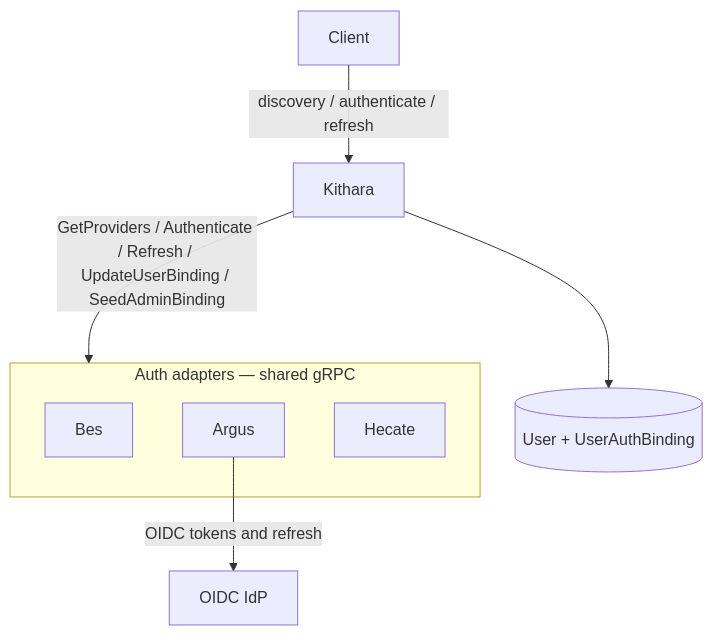
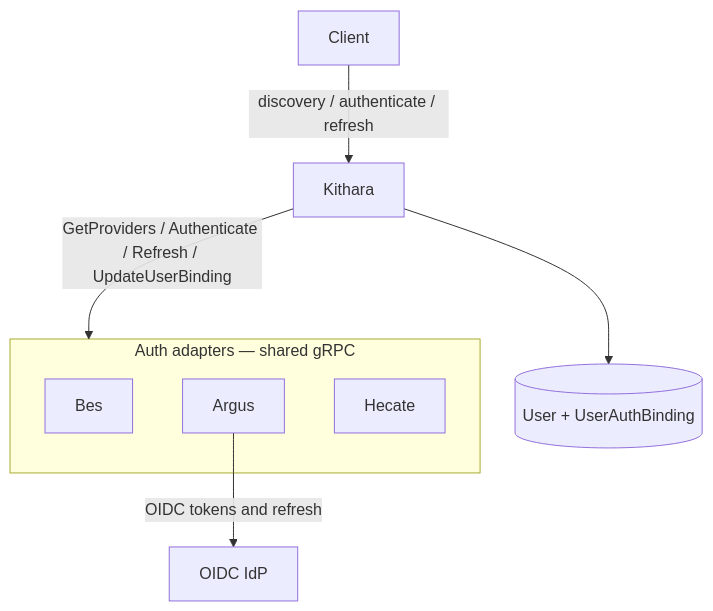
Before and after one commit to Bardie-radio/kithara: the diagram in docs/architecture/domains/auth-adapters.md, drawn with Mermaid. The commit also changed other lines of this file and 45 other files, not shown here.

First line of the commit message:
feat(auth): replace seedAdmin with host invite OTP and claim bind-only JWTs

````diff
--- a/docs/architecture/domains/auth-adapters.md
+++ b/docs/architecture/domains/auth-adapters.md
@@ -15,12 +15,12 @@
 ```mermaid
 flowchart TB
   Client -->|discovery / authenticate / refresh| Kithara
   Kithara --> DB[(User + UserAuthBinding)]
-  Kithara -->|"GetProviders / Authenticate / Refresh / UpdateUserBinding / SeedAdminBinding"| AuthBox
+  Kithara -->|"GetProviders / Authenticate / Refresh / UpdateUserBinding"| AuthBox
   subgraph AuthBox [Auth adapters — shared gRPC]
     Bes[Bes]
     Argus[Argus]
     Hecate[Hecate]
   end
   Argus -->|OIDC tokens and refresh| IdP[OIDC IdP]
 ```
````
